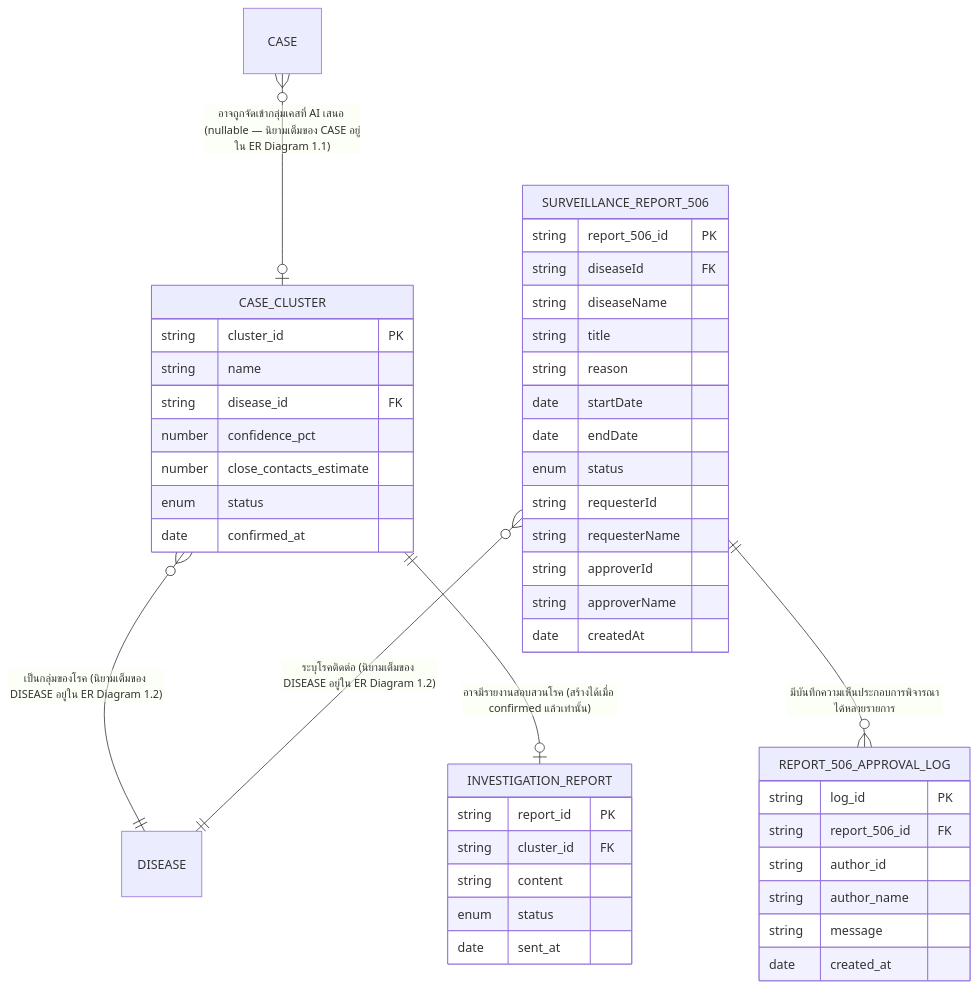
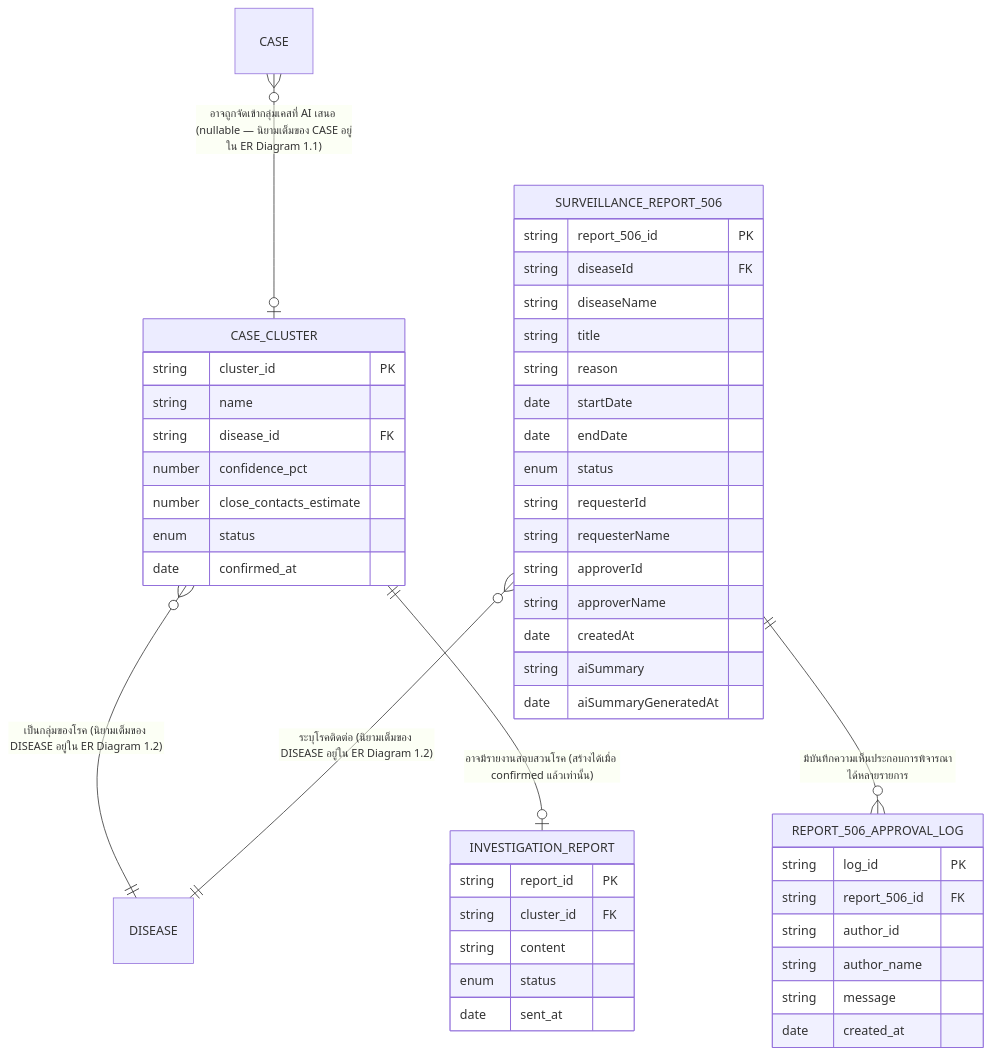
The third of 8 diagrams in docs/02-design/02-technical/DATA-MODEL.md (Plabuchill/AI-DSRP), drawn with Mermaid before and after one commit. The commit also changed other lines of this file and 4 other files, not shown here.

````diff
--- a/docs/02-design/02-technical/DATA-MODEL.md
+++ b/docs/02-design/02-technical/DATA-MODEL.md
@@ -124,48 +124,50 @@
 ```mermaid
 erDiagram
   CASE }o--o| CASE_CLUSTER : "อาจถูกจัดเข้ากลุ่มเคสที่ AI เสนอ (nullable — นิยามเต็มของ CASE อยู่ใน ER Diagram 1.1)"
   CASE_CLUSTER }o--|| DISEASE : "เป็นกลุ่มของโรค (นิยามเต็มของ DISEASE อยู่ใน ER Diagram 1.2)"
   CASE_CLUSTER ||--o| INVESTIGATION_REPORT : "อาจมีรายงานสอบสวนโรค (สร้างได้เมื่อ confirmed แล้วเท่านั้น)"
   SURVEILLANCE_REPORT_506 }o--|| DISEASE : "ระบุโรคติดต่อ (นิยามเต็มของ DISEASE อยู่ใน ER Diagram 1.2)"
   SURVEILLANCE_REPORT_506 ||--o{ REPORT_506_APPROVAL_LOG : "มีบันทึกความเห็นประกอบการพิจารณาได้หลายรายการ"
 
   CASE_CLUSTER {
     string cluster_id PK
     string name
     string disease_id FK
     number confidence_pct
     number close_contacts_estimate
     enum status
     date confirmed_at
   }
   INVESTIGATION_REPORT {
     string report_id PK
     string cluster_id FK
     string content
     enum status
     date sent_at
   }
   SURVEILLANCE_REPORT_506 {
     string report_506_id PK
     string diseaseId FK
     string diseaseName
     string title
     string reason
     date startDate
     date endDate
     enum status
     string requesterId
     string requesterName
     string approverId
     string approverName
     date createdAt
+    string aiSummary
+    date aiSummaryGeneratedAt
   }
   REPORT_506_APPROVAL_LOG {
     string log_id PK
     string report_506_id FK
     string author_id
     string author_name
     string message
     date created_at
   }
 ```
````
